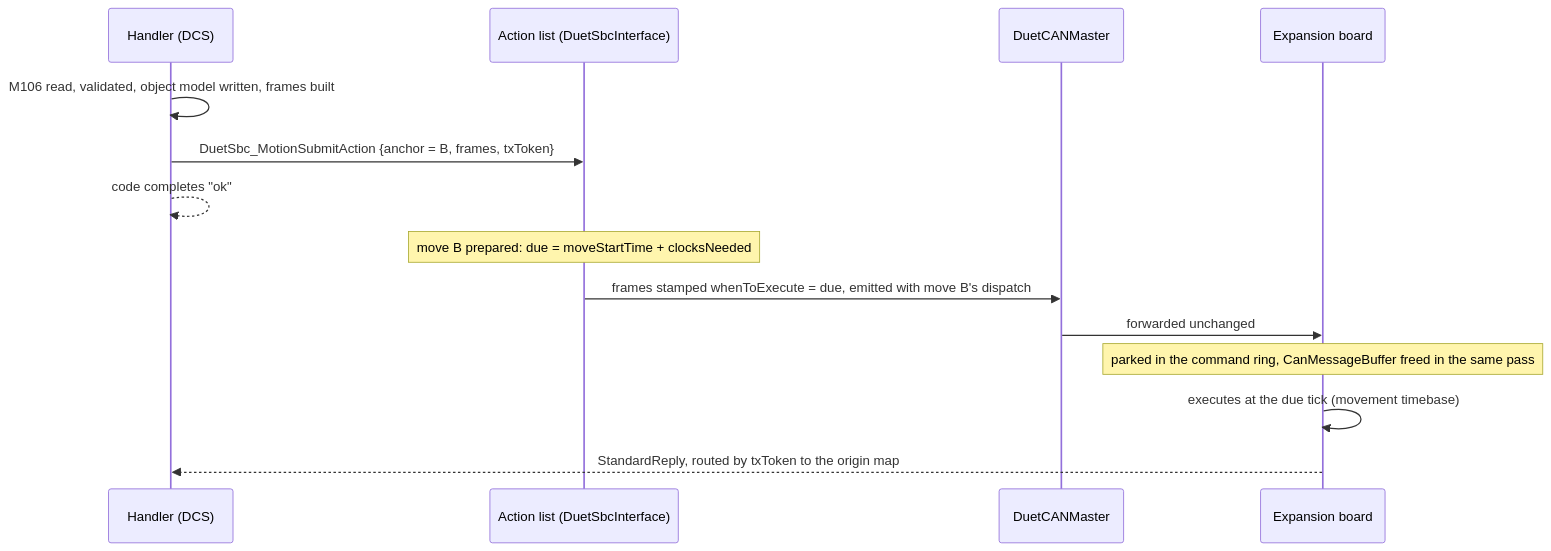
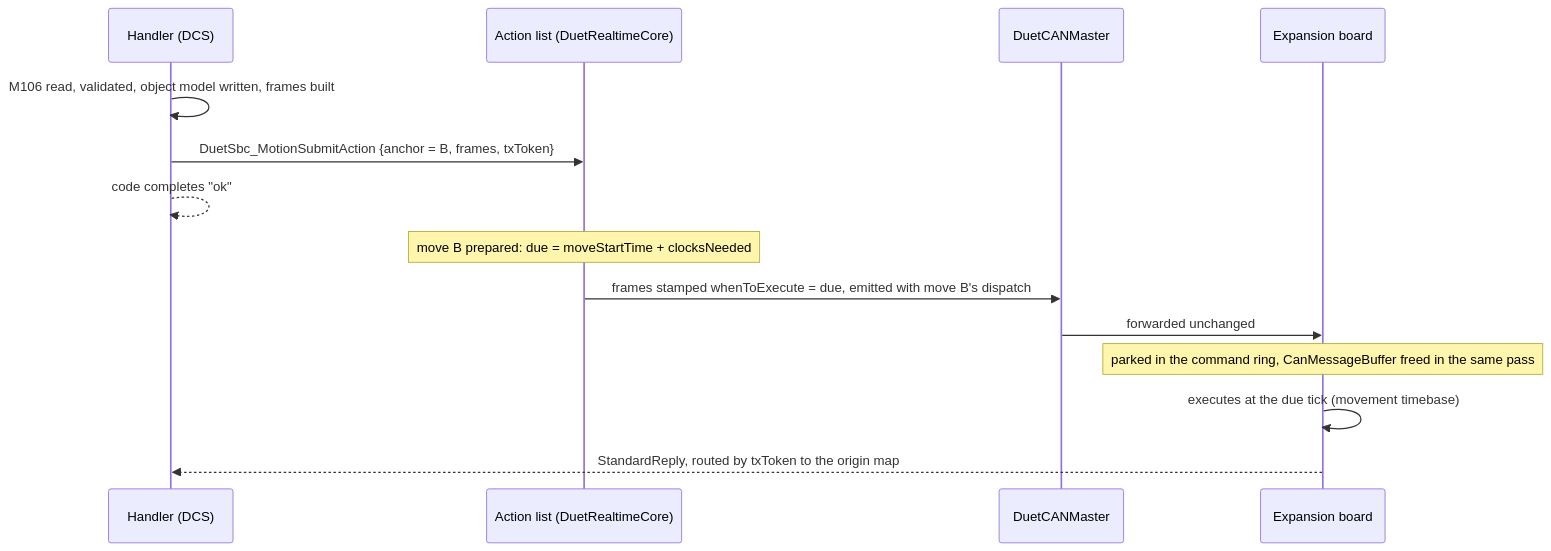
The third of 8 diagrams in docs/devel/MOTION_SYNCHRONISED_ACTIONS.md (Duet3D/DuetSoftwareFramework), drawn with Mermaid before and after one commit. The commit also changed other lines of this file and 154 other files, not shown here.

First line of the commit message:
refactor: rename DuetSbcInterface to DuetRealtimeCore

````diff
--- a/docs/devel/MOTION_SYNCHRONISED_ACTIONS.md
+++ b/docs/devel/MOTION_SYNCHRONISED_ACTIONS.md
@@ -507,16 +507,16 @@
 ```mermaid
 sequenceDiagram
     participant H as Handler (DCS)
-    participant L as Action list (DuetSbcInterface)
+    participant L as Action list (DuetRealtimeCore)
     participant C as DuetCANMaster
     participant B as Expansion board
     H->>H: M106 read, validated, object model written, frames built
     H->>L: DuetSbc_MotionSubmitAction {anchor = B, frames, txToken}
     H-->>H: code completes "ok"
     Note over L: move B prepared: due = moveStartTime + clocksNeeded
     L->>C: frames stamped whenToExecute = due, emitted with move B's dispatch
     C->>B: forwarded unchanged
     Note over B: parked in the command ring, CanMessageBuffer freed in the same pass
     B->>B: executes at the due tick (movement timebase)
     B-->>H: StandardReply, routed by txToken to the origin map
 ```
````
